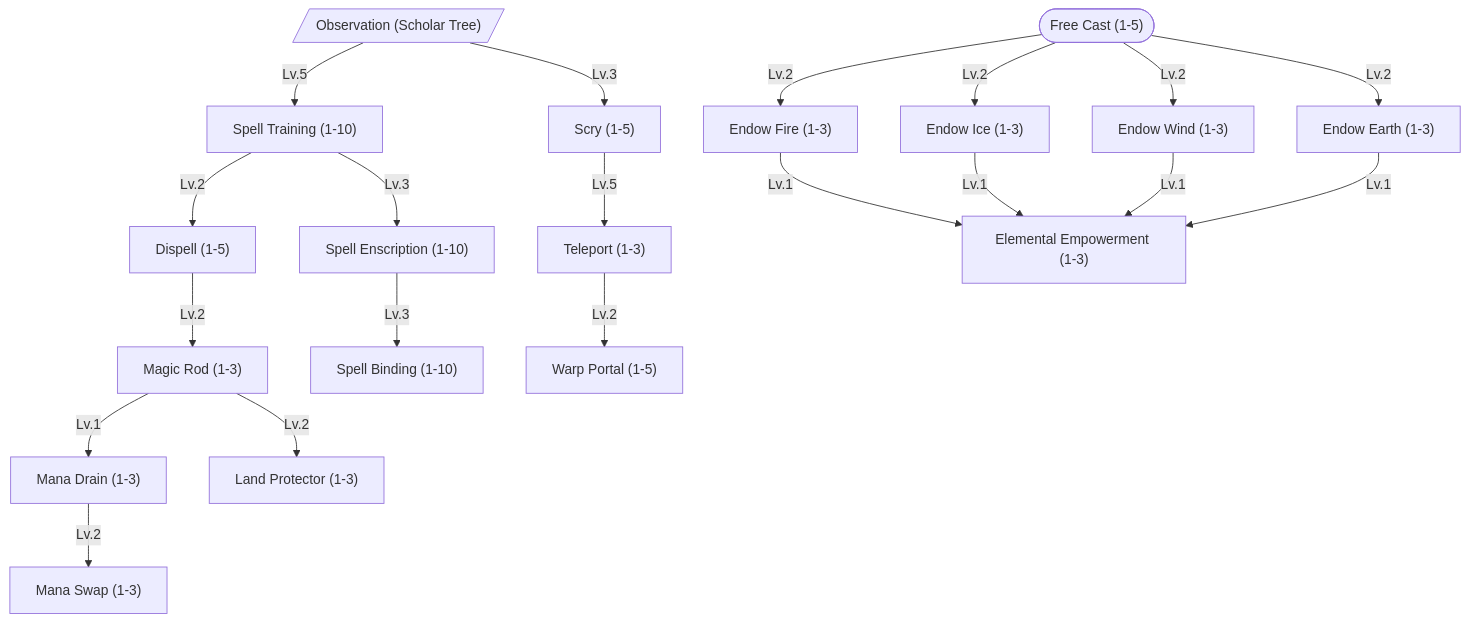
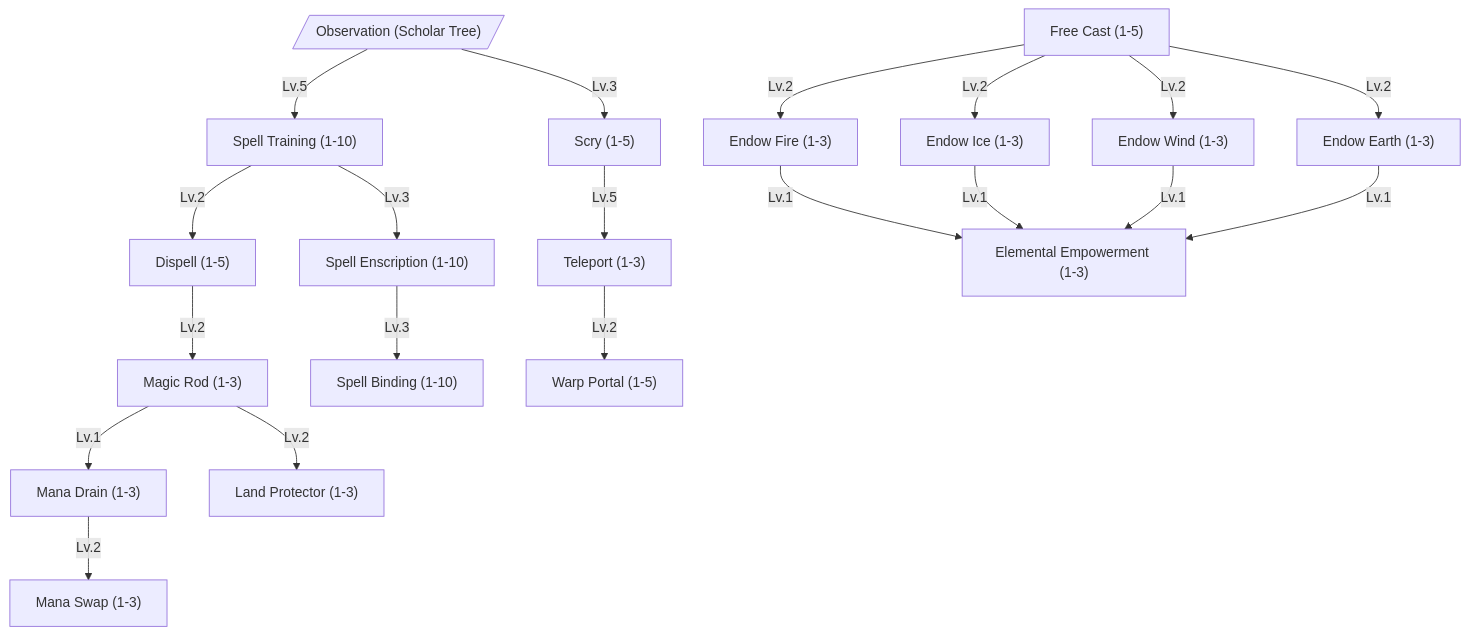
One commit to tfelix/bestia-docs changed diagram 13 of 16 in content/docs/mechanics/master.md. Above: the diagram before and after it, drawn with Mermaid. The commit also changed other lines of this file, not shown here.

````diff
--- a/content/docs/mechanics/master.md
+++ b/content/docs/mechanics/master.md
@@ -1378,44 +1397,44 @@
 ```mermaid
 graph TD
     Observation[/"Observation (Scholar Tree)"/]
     SpellTraining["Spell Training (1-10)"]
-    FreeCast(["Free Cast (1-5)"])
+    FreeCast["Free Cast (1-5)"]
     Scry["Scry (1-5)"]
     Dispell["Dispell (1-5)"]
     SpellEnscription["Spell Enscription (1-10)"]
     SpellBinding["Spell Binding (1-10)"]
     Teleport["Teleport (1-3)"]
     WarpPortal["Warp Portal (1-5)"]
     MagicRod["Magic Rod (1-3)"]
     ManaDrain["Mana Drain (1-3)"]
     ManaSwap["Mana Swap (1-3)"]
     LandProtector["Land Protector (1-3)"]
     EndowFire["Endow Fire (1-3)"]
     EndowIce["Endow Ice (1-3)"]
     EndowWind["Endow Wind (1-3)"]
     EndowEarth["Endow Earth (1-3)"]
     ElementalEmpowerment["Elemental Empowerment (1-3)"]
 
     Observation -->|Lv.5| SpellTraining
     Observation -->|Lv.3| Scry
     SpellTraining -->|Lv.2| Dispell
     SpellTraining -->|Lv.3| SpellEnscription
     SpellEnscription -->|Lv.3| SpellBinding
 
     Scry -->|Lv.5| Teleport
     Teleport -->|Lv.2| WarpPortal
 
     Dispell -->|Lv.2| MagicRod
     MagicRod -->|Lv.1| ManaDrain
     ManaDrain -->|Lv.2| ManaSwap
     MagicRod -->|Lv.2| LandProtector
 
     FreeCast -->|Lv.2| EndowFire
     FreeCast -->|Lv.2| EndowIce
     FreeCast -->|Lv.2| EndowWind
     FreeCast -->|Lv.2| EndowEarth
     EndowWind -->|Lv.1| ElementalEmpowerment
     EndowIce -->|Lv.1| ElementalEmpowerment
     EndowFire -->|Lv.1| ElementalEmpowerment
     EndowEarth -->|Lv.1| ElementalEmpowerment
 ```
````
